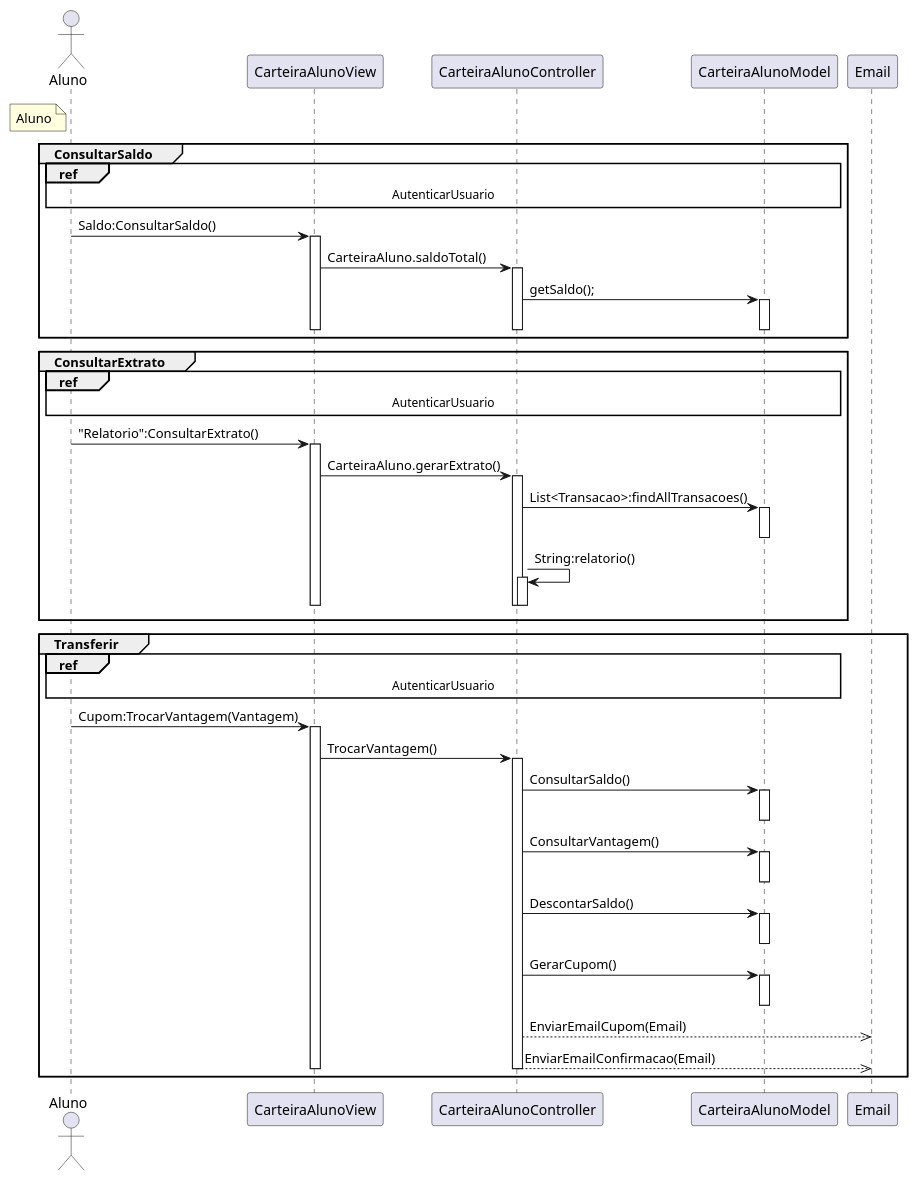
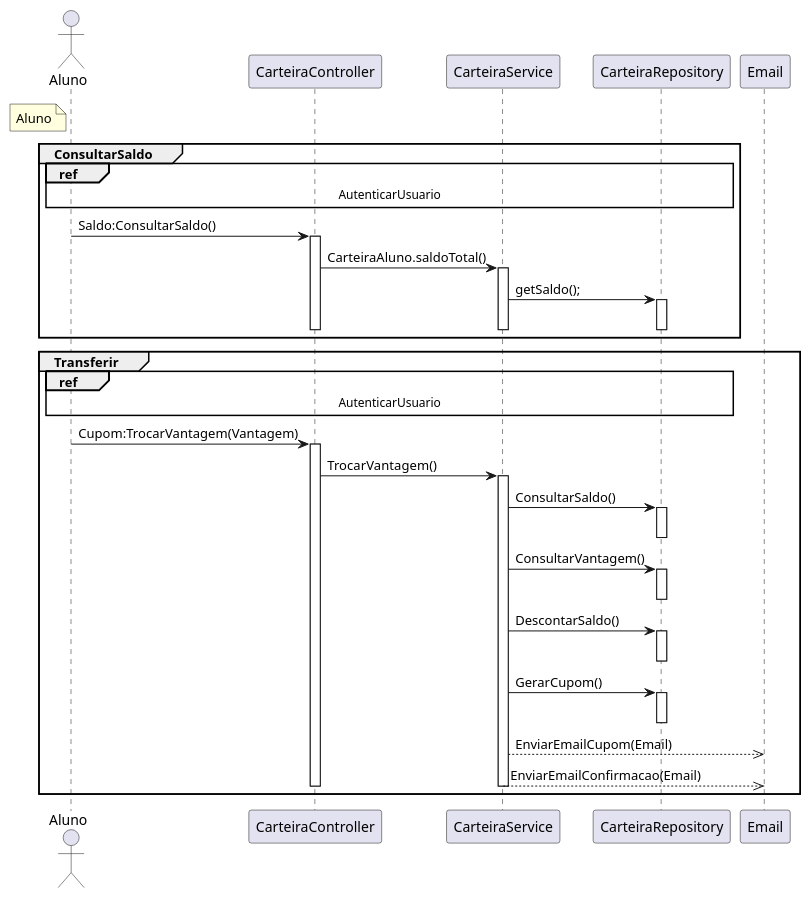
Before and after one commit to G4BR-13-L/lab-desenvolvimento-de-software: the diagram in laboratorio-4/sprint-3/projeto/plantuml/sequencia/Aluno.plantuml, drawn with PlantUML. The commit also changed 3 other files, not shown here.

Commit message:
Atualização de mais diagramas

```diff
--- a/laboratorio-4/sprint-3/projeto/plantuml/sequencia/Aluno.plantuml
+++ b/laboratorio-4/sprint-3/projeto/plantuml/sequencia/Aluno.plantuml
@@ -1,75 +1,61 @@
 @startuml Aluno
 
 
 actor "Aluno" as Aluno
 note left of Aluno #LightYellow
     Aluno
 end note
 
-participant "CarteiraAlunoView" as CarteiraAlunoView
-participant "CarteiraAlunoController" as CarteiraAlunoController
-participant "CarteiraAlunoModel" as CarteiraAlunoModel
+participant "CarteiraController" as CarteiraController
+participant "CarteiraService" as CarteiraService
+participant "CarteiraRepository" as CarteiraRepository
 
 group ConsultarSaldo
-    ref over Aluno,CarteiraAlunoView, CarteiraAlunoController, CarteiraAlunoModel : AutenticarUsuario
-    Aluno -> CarteiraAlunoView : Saldo:ConsultarSaldo()
-    activate CarteiraAlunoView
-    CarteiraAlunoView -> CarteiraAlunoController : CarteiraAluno.saldoTotal()
-    activate CarteiraAlunoController
-    CarteiraAlunoController -> CarteiraAlunoModel : getSaldo();
-    activate CarteiraAlunoModel
-    deactivate CarteiraAlunoModel
-    deactivate CarteiraAlunoController
-    deactivate CarteiraAlunoView
+    ref over Aluno,CarteiraController, CarteiraService, CarteiraRepository : AutenticarUsuario
+    Aluno -> CarteiraController : Saldo:ConsultarSaldo()
+    activate CarteiraController
+    CarteiraController -> CarteiraService : CarteiraAluno.saldoTotal()
+    activate CarteiraService
+    CarteiraService -> CarteiraRepository : getSaldo();
+    activate CarteiraRepository
+    deactivate CarteiraRepository
+    deactivate CarteiraService
+    deactivate CarteiraController
 end
 
-group ConsultarExtrato
-    ref over Aluno,CarteiraAlunoView, CarteiraAlunoController, CarteiraAlunoModel : AutenticarUsuario
-    Aluno -> CarteiraAlunoView : "Relatorio":ConsultarExtrato()
-    activate CarteiraAlunoView
-    CarteiraAlunoView -> CarteiraAlunoController : CarteiraAluno.gerarExtrato()
-    activate CarteiraAlunoController
-    CarteiraAlunoController -> CarteiraAlunoModel : List<Transacao>:findAllTransacoes()
-    activate CarteiraAlunoModel
-    deactivate CarteiraAlunoModel
-    CarteiraAlunoController -> CarteiraAlunoController : String:relatorio()
-    activate CarteiraAlunoController
-    deactivate CarteiraAlunoController
-    deactivate CarteiraAlunoController
-    deactivate CarteiraAlunoView
-end
+
 
 group Transferir
-    ref over Aluno,CarteiraAlunoView, CarteiraAlunoController, CarteiraAlunoModel : AutenticarUsuario
-    Aluno -> CarteiraAlunoView :  Cupom:TrocarVantagem(Vantagem)
-    activate CarteiraAlunoView
-    CarteiraAlunoView -> CarteiraAlunoController : TrocarVantagem()
-    activate CarteiraAlunoController
-    CarteiraAlunoController -> CarteiraAlunoModel : ConsultarSaldo()
-    activate CarteiraAlunoModel
-    deactivate CarteiraAlunoModel
-    CarteiraAlunoController -> CarteiraAlunoModel : ConsultarVantagem()
-    activate CarteiraAlunoModel
-    deactivate  CarteiraAlunoModel
-    CarteiraAlunoController -> CarteiraAlunoModel : DescontarSaldo()
-    activate CarteiraAlunoModel
-    deactivate CarteiraAlunoModel
-    CarteiraAlunoController -> CarteiraAlunoModel : GerarCupom()
-    activate CarteiraAlunoModel
-    deactivate CarteiraAlunoModel
-    CarteiraAlunoController -->> Email : EnviarEmailCupom(Email)
-    CarteiraAlunoController -->> Email : EnviarEmailConfirmacao(Email)
-    deactivate CarteiraAlunoController
-    deactivate CarteiraAlunoView
+    ref over Aluno,CarteiraController, CarteiraService, CarteiraRepository : AutenticarUsuario
+    Aluno -> CarteiraController :  Cupom:TrocarVantagem(Vantagem)
+    activate CarteiraController
+    CarteiraController -> CarteiraService : TrocarVantagem()
+    activate CarteiraService
+    CarteiraService -> CarteiraRepository : ConsultarSaldo()
+    activate CarteiraRepository
+    deactivate CarteiraRepository
+    CarteiraService -> CarteiraRepository : ConsultarVantagem()
+    activate CarteiraRepository
+    deactivate  CarteiraRepository
+    CarteiraService -> CarteiraRepository : DescontarSaldo()
+    activate CarteiraRepository
+    deactivate CarteiraRepository
+    CarteiraService -> CarteiraRepository : GerarCupom()
+    activate CarteiraRepository
+    deactivate CarteiraRepository
+    CarteiraService -->> Email : EnviarEmailCupom(Email)
+    CarteiraService -->> Email : EnviarEmailConfirmacao(Email)
+    deactivate CarteiraService
+    deactivate CarteiraController
 end
 
 
 
 
 
 ' --> Sincrono
 ' -->> Assincrono
 ' <-- Retorno Sincrono
 ' <<-- Retorno Assíncrono
 
 @enduml
```
